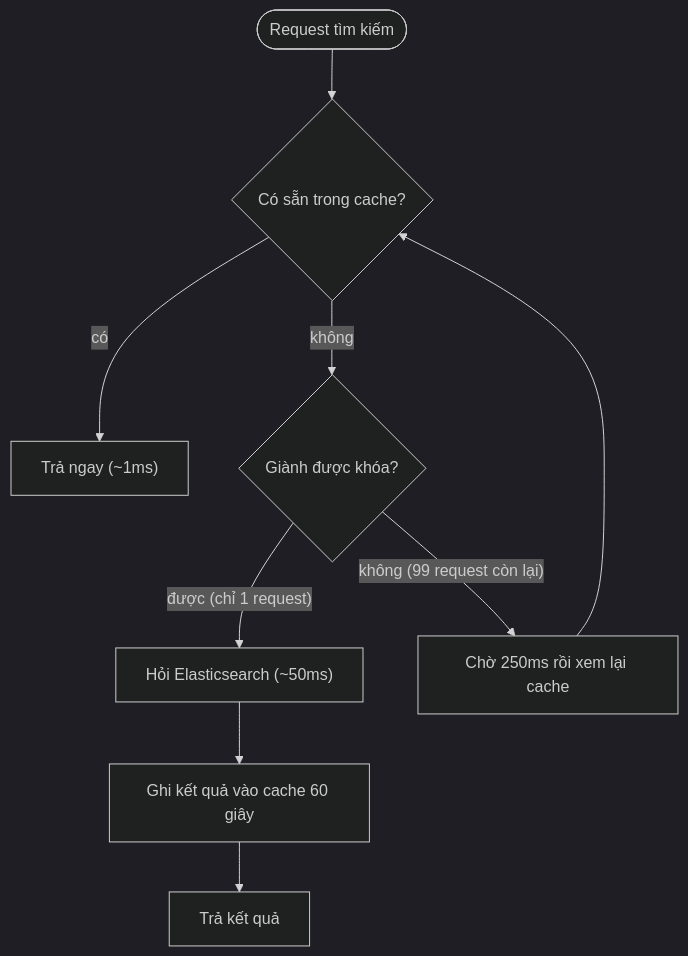
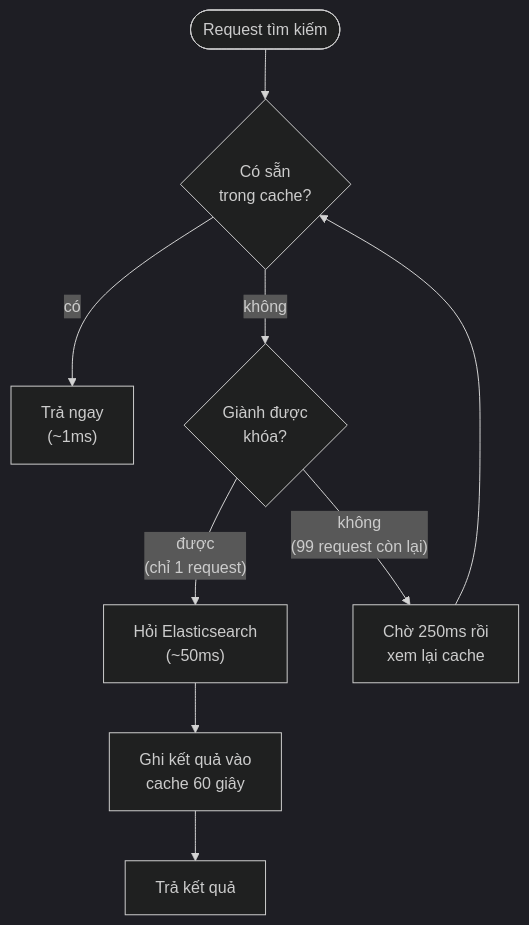
The first of 3 diagrams in content/posts/2026-11-18-api-performance.md (duongbui234/software-engineering-atlas), drawn with Mermaid (dark theme) before and after one commit. The commit also changed other lines of this file and 134 other files, not shown here.

First line of the commit message:
Fit every Mermaid diagram at 390px without sideways scroll (#56)

````diff
--- a/content/posts/2026-11-18-api-performance.md
+++ b/content/posts/2026-11-18-api-performance.md
@@ -51,11 +51,11 @@
 ```mermaid
 flowchart TB
-    Q([Request tìm kiếm]) --> C{"Có sẵn trong cache?"}
-    C -- có --> HIT["Trả ngay (~1ms)"]
-    C -- không --> L{"Giành được khóa?"}
-    L -- "được (chỉ 1 request)" --> ES["Hỏi Elasticsearch (~50ms)"]
-    ES --> W["Ghi kết quả vào cache 60 giây"]
+    Q([Request tìm kiếm]) --> C{"Có sẵn<br/>trong cache?"}
+    C -- có --> HIT["Trả ngay<br/>(~1ms)"]
+    C -- không --> L{"Giành được<br/>khóa?"}
+    L -- "được<br/>(chỉ 1 request)" --> ES["Hỏi Elasticsearch<br/>(~50ms)"]
+    ES --> W["Ghi kết quả vào<br/>cache 60 giây"]
     W --> RET["Trả kết quả"]
-    L -- "không (99 request còn lại)" --> P["Chờ 250ms rồi xem lại cache"]
+    L -- "không<br/>(99 request còn lại)" --> P["Chờ 250ms rồi<br/>xem lại cache"]
     P --> C
 ```
````
